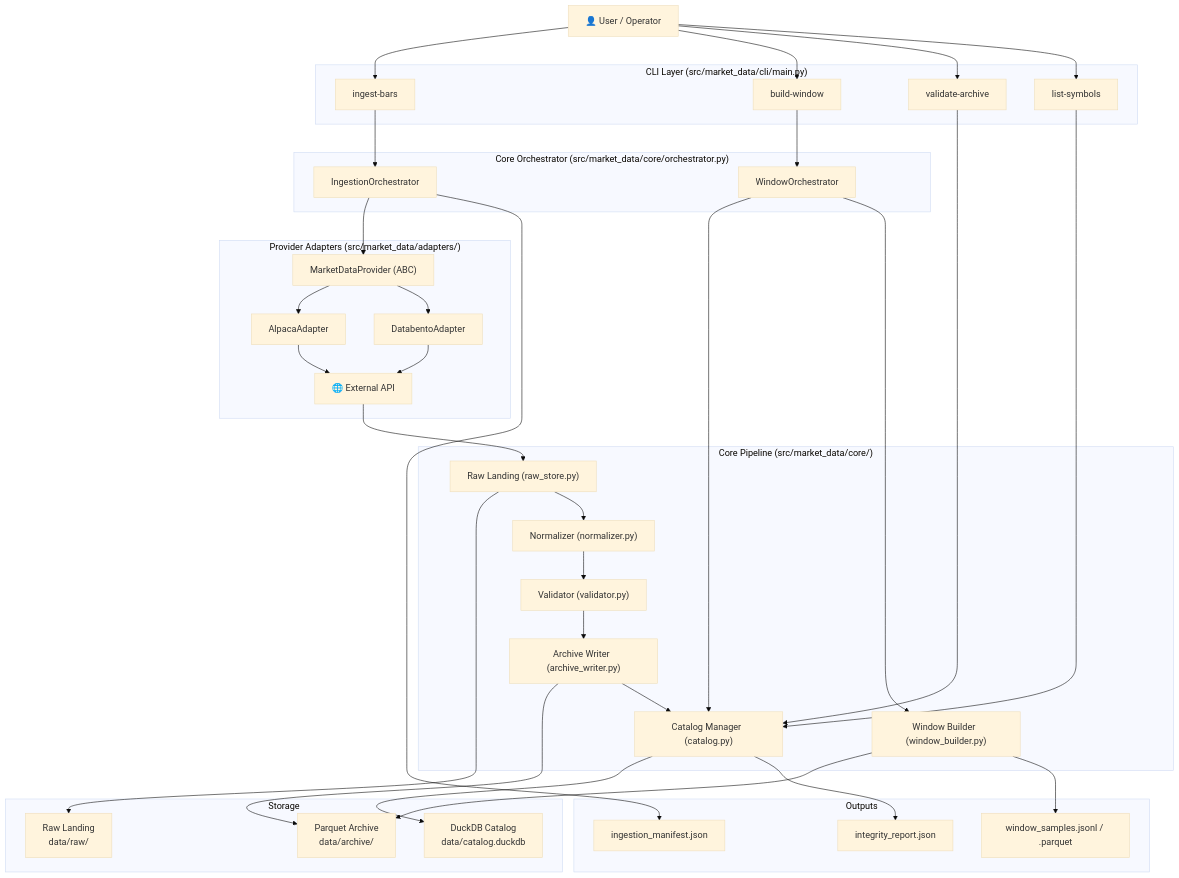
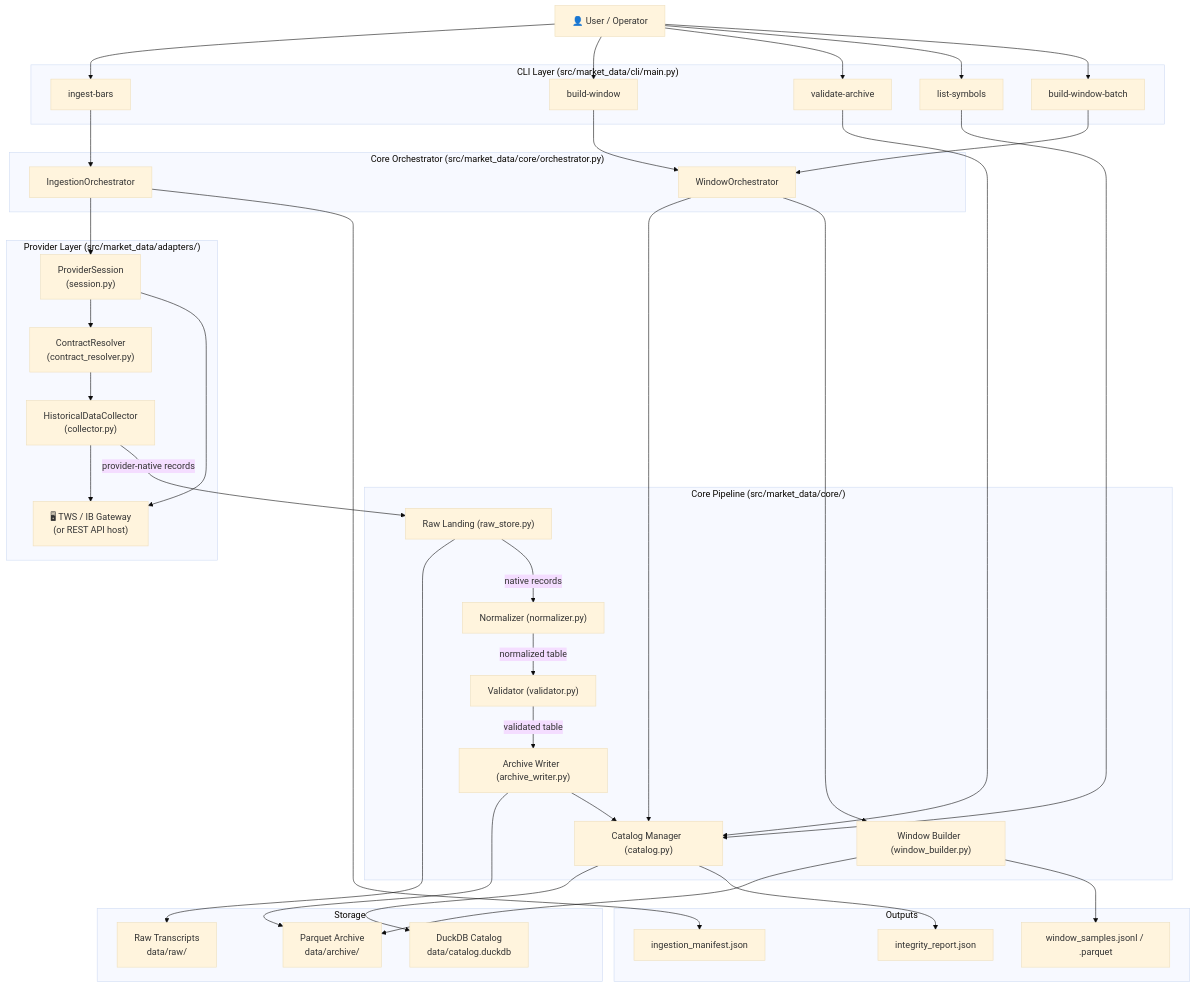
The first of 2 diagrams in docs/requirements/MDRT/01-architecture.md (PirogovClub/tim-class-pass), drawn with Mermaid (base theme) before and after one commit. The commit also changed other lines of this file and 29 other files, not shown here.

Commit message:
feat: initialize MDRT documentation suite including architecture, core pipeline, and implementation task specifications.

````diff
--- a/docs/requirements/MDRT/01-architecture.md
+++ b/docs/requirements/MDRT/01-architecture.md
@@ -15,63 +28,71 @@
 ```mermaid
 flowchart TD
     USER["👤 User / Operator"]
 
     subgraph CLI["CLI Layer  (src/market_data/cli/main.py)"]
         CMD_INGEST["ingest-bars"]
         CMD_WINDOW["build-window"]
         CMD_VALIDATE["validate-archive"]
         CMD_LIST["list-symbols"]
+        CMD_BATCH["build-window-batch"]
     end
 
     subgraph CORE["Core Orchestrator  (src/market_data/core/orchestrator.py)"]
         ORCH["IngestionOrchestrator"]
         WINORCH["WindowOrchestrator"]
     end
 
-    subgraph ADAPTERS["Provider Adapters  (src/market_data/adapters/)"]
-        ABC["MarketDataProvider (ABC)"]
-        ALPACA["AlpacaAdapter"]
-        DATABENTO["DatabentoAdapter"]
-        NET["🌐 External API"]
+    subgraph PROVIDER["Provider Layer  (src/market_data/adapters/)"]
+        SESSION["ProviderSession\n(session.py)"]
+        RESOLVER["ContractResolver\n(contract_resolver.py)"]
+        COLLECTOR["HistoricalDataCollector\n(collector.py)"]
+        HOST["🖥 TWS / IB Gateway\n(or REST API host)"]
     end
 
     subgraph PIPELINE["Core Pipeline  (src/market_data/core/)"]
         RAW["Raw Landing  (raw_store.py)"]
         NORM["Normalizer  (normalizer.py)"]
         VAL["Validator  (validator.py)"]
         ARCH["Archive Writer  (archive_writer.py)"]
         CAT["Catalog Manager  (catalog.py)"]
         WIN["Window Builder  (window_builder.py)"]
     end
 
     subgraph STORAGE["Storage"]
         PARQUET["Parquet Archive\ndata/archive/"]
-        RAW_STORE["Raw Landing\ndata/raw/"]
+        RAW_STORE["Raw Transcripts\ndata/raw/"]
         DUCKDB["DuckDB Catalog\ndata/catalog.duckdb"]
     end
 
     subgraph OUTPUTS["Outputs"]
         WIN_OUT["window_samples.jsonl / .parquet"]
         REPORT["integrity_report.json"]
         MANIFEST["ingestion_manifest.json"]
     end
 
-    USER --> CMD_INGEST & CMD_WINDOW & CMD_VALIDATE & CMD_LIST
+    USER --> CMD_INGEST & CMD_WINDOW & CMD_VALIDATE & CMD_LIST & CMD_BATCH
     CMD_INGEST --> ORCH
-    CMD_WINDOW --> WINORCH
+    CMD_WINDOW & CMD_BATCH --> WINORCH
     CMD_VALIDATE & CMD_LIST --> CAT
 
-    ORCH --> ABC
-    ABC --> ALPACA & DATABENTO
-    ALPACA & DATABENTO --> NET
+    ORCH --> SESSION
+    SESSION --> RESOLVER
+    RESOLVER --> COLLECTOR
+    SESSION & COLLECTOR --> HOST
 
-    NET --> RAW --> RAW_STORE
-    RAW --> NORM --> VAL --> ARCH --> PARQUET
-    ARCH --> CAT --> DUCKDB
+    COLLECTOR -- "provider-native records" --> RAW
+    RAW --> RAW_STORE
+    RAW -- "native records" --> NORM
+    NORM -- "normalized table" --> VAL
+    VAL -- "validated table" --> ARCH
+    ARCH --> PARQUET
+    ARCH --> CAT
+    CAT --> DUCKDB
     CAT --> REPORT
     ORCH --> MANIFEST
 
     WINORCH --> CAT
-    WINORCH --> WIN --> PARQUET
+    WINORCH --> WIN
+    WIN --> PARQUET
     WIN --> WIN_OUT
 ```
````
